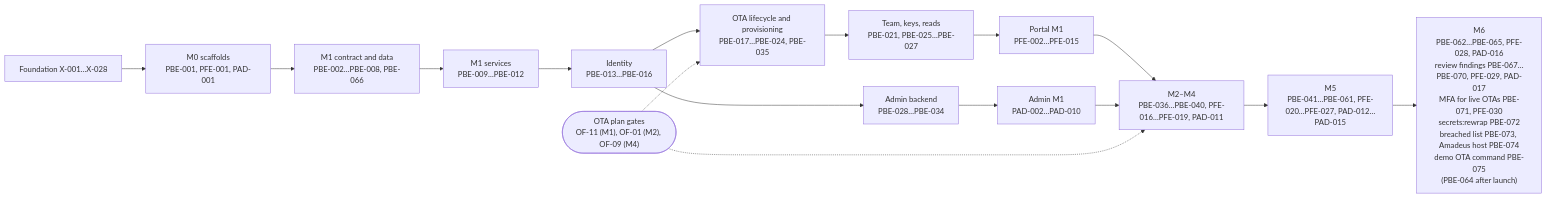
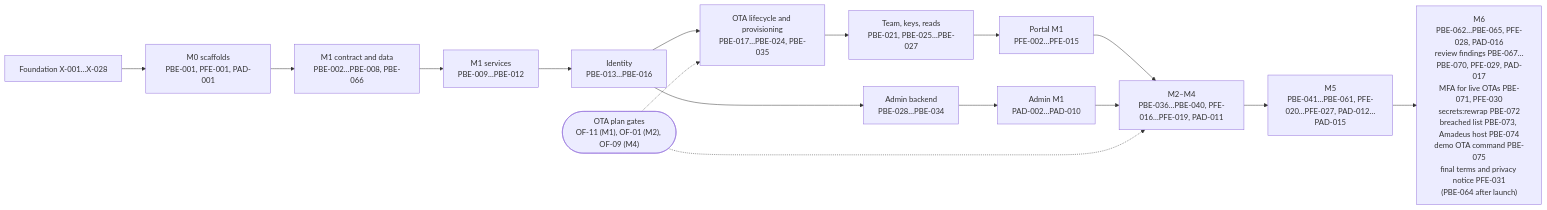
One commit to bhagwati-prasad/velexis-ota changed the diagram in platform/docs/plans/agent-tasks.md. Above: the diagram before and after it, drawn with Mermaid. The commit also changed other lines of this file and 15 other files, not shown here.

````diff
--- a/platform/docs/plans/agent-tasks.md
+++ b/platform/docs/plans/agent-tasks.md
@@ -2291,18 +2312,18 @@
 ```mermaid
 flowchart LR
   X["Foundation X-001…X-028"] --> M0["M0 scaffolds<br/>PBE-001, PFE-001, PAD-001"]
   M0 --> C1["M1 contract and data<br/>PBE-002…PBE-008, PBE-066"]
   C1 --> S1["M1 services<br/>PBE-009…PBE-012"]
   S1 --> ID["Identity<br/>PBE-013…PBE-016"]
   ID --> LC["OTA lifecycle and provisioning<br/>PBE-017…PBE-024, PBE-035"]
   LC --> TM["Team, keys, reads<br/>PBE-021, PBE-025…PBE-027"]
   ID --> AD["Admin backend<br/>PBE-028…PBE-034"]
   TM --> PFE["Portal M1<br/>PFE-002…PFE-015"]
   AD --> PAD["Admin M1<br/>PAD-002…PAD-010"]
   PFE --> M24["M2–M4<br/>PBE-036…PBE-040, PFE-016…PFE-019, PAD-011"]
   PAD --> M24
   M24 --> M5["M5<br/>PBE-041…PBE-061, PFE-020…PFE-027, PAD-012…PAD-015"]
-  M5 --> M6["M6<br/>PBE-062…PBE-065, PFE-028, PAD-016<br/>review findings PBE-067…PBE-070, PFE-029, PAD-017<br/>MFA for live OTAs PBE-071, PFE-030<br/>secrets:rewrap PBE-072<br/>breached list PBE-073, Amadeus host PBE-074<br/>demo OTA command PBE-075<br/>(PBE-064 after launch)"]
+  M5 --> M6["M6<br/>PBE-062…PBE-065, PFE-028, PAD-016<br/>review findings PBE-067…PBE-070, PFE-029, PAD-017<br/>MFA for live OTAs PBE-071, PFE-030<br/>secrets:rewrap PBE-072<br/>breached list PBE-073, Amadeus host PBE-074<br/>demo OTA command PBE-075<br/>final terms and privacy notice PFE-031<br/>(PBE-064 after launch)"]
   OTA(["OTA plan gates<br/>OF-11 (M1), OF-01 (M2), OF-09 (M4)"]) -.-> LC
   OTA -.-> M24
 ```
````
